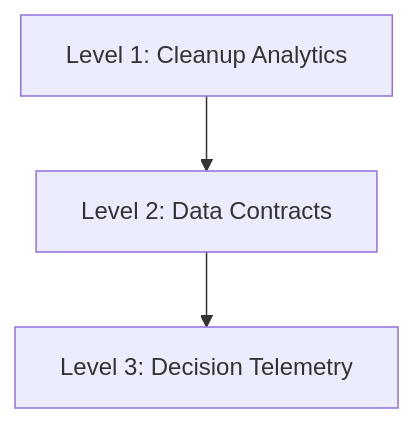
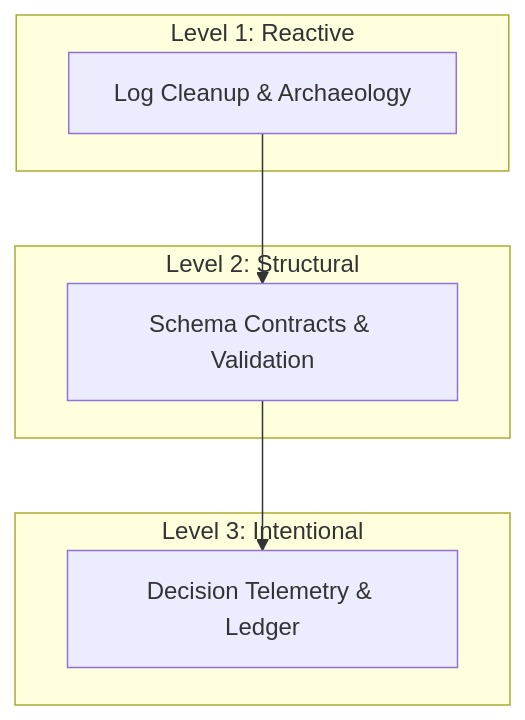
The diagram in paper/diagrams/maturity-model.mmd (logicoflife/decision-telemetry-whitepaper), drawn with Mermaid before and after one commit. The commit also changed 3 other files, not shown here.

```diff
--- a/paper/diagrams/maturity-model.mmd
+++ b/paper/diagrams/maturity-model.mmd
@@ -1,6 +1,13 @@
 graph TD
-    A[Level 1: Cleanup Analytics]
-    B[Level 2: Data Contracts]
-    C[Level 3: Decision Telemetry]
-
-    A --> B --> C
+    subgraph Level 1: Reactive
+        L1[Log Cleanup & Archaeology]
+    end
+    subgraph Level 2: Structural
+        L2[Schema Contracts & Validation]
+    end
+    subgraph Level 3: Intentional
+        L3[Decision Telemetry & Ledger]
+    end
+    
+    L1 --> L2
+    L2 --> L3
```
